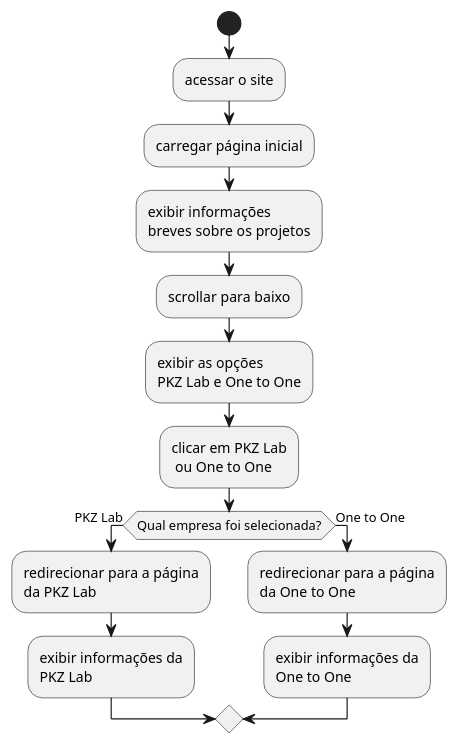
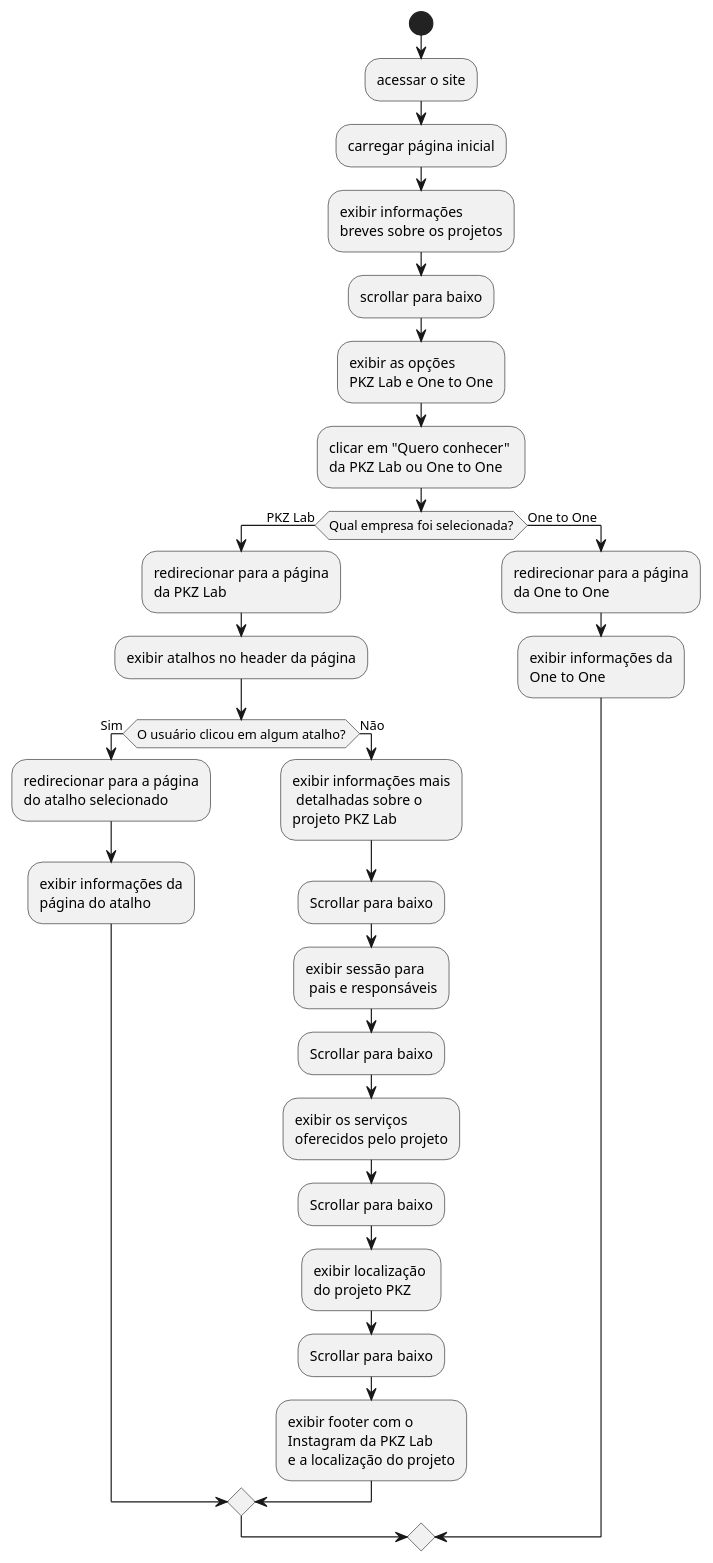
One commit to enzotrotto-ibmec/PFE-2026-2-AP1-Grupo1-terca changed the diagram in 05 - AHT/aht2.puml. Above: the diagram before and after it, drawn with PlantUML.

Commit message:
AHT (PKZ) Só Scroll

```diff
--- a/05 - AHT/aht2.puml
+++ b/05 - AHT/aht2.puml
@@ -2,21 +2,35 @@
 @startuml AHT2_PKZ_OneToOne
 start
 
 :acessar o site;
 :carregar página inicial;
 :exibir informações \nbreves sobre os projetos;
 :scrollar para baixo;
 :exibir as opções \nPKZ Lab e One to One;
-:clicar em PKZ Lab\n ou One to One;
+:clicar em "Quero conhecer" \nda PKZ Lab ou One to One;
 
 if (Qual empresa foi selecionada?) then (PKZ Lab)
     :redirecionar para a página\nda PKZ Lab;
-    :exibir informações da\nPKZ Lab;
+    :exibir atalhos no header da página;
+    if (O usuário clicou em algum atalho?) then (Sim)
+        :redirecionar para a página\ndo atalho selecionado;
+        :exibir informações da\npágina do atalho;
+    else (Não)
+        :exibir informações mais\n detalhadas sobre o \nprojeto PKZ Lab;
+        :Scrollar para baixo;
+        :exibir sessão para\n pais e responsáveis;
+        :Scrollar para baixo;
+        :exibir os serviços \noferecidos pelo projeto;
+        :Scrollar para baixo;
+        :exibir localização \ndo projeto PKZ;
+        :Scrollar para baixo;
+        :exibir footer com o \nInstagram da PKZ Lab \ne a localização do projeto;
+        endif
 
 
 else (One to One)
     :redirecionar para a página\nda One to One;
     :exibir informações da\nOne to One;
 
 
 @enduml
```
